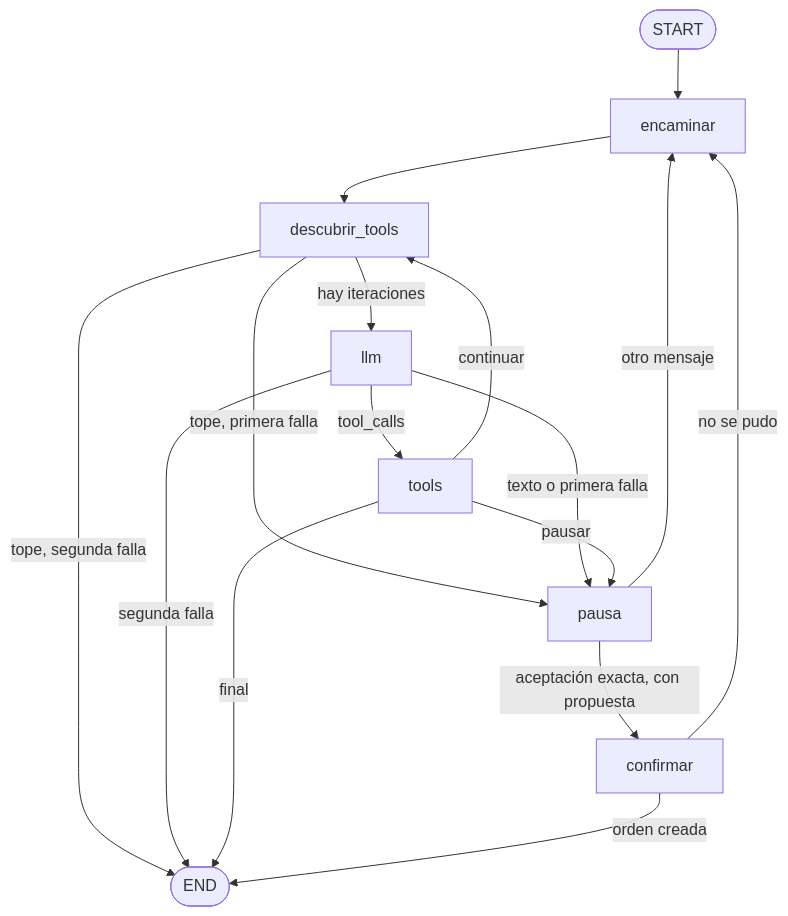
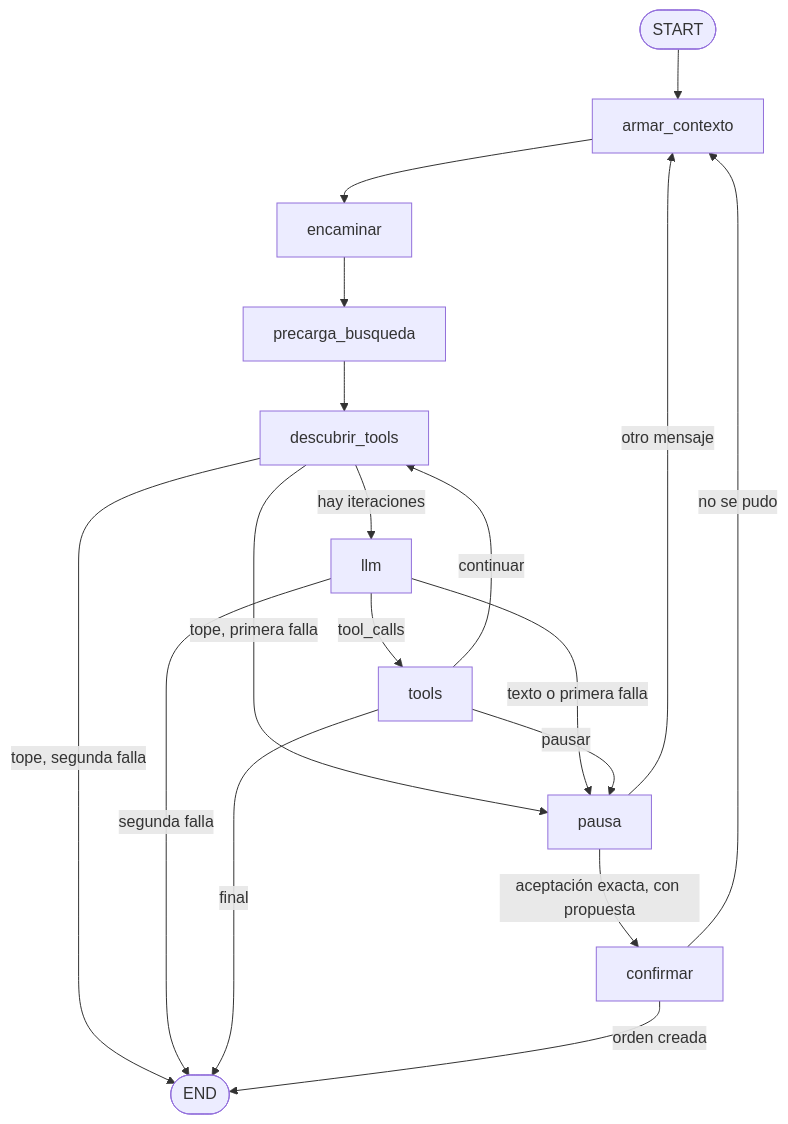
The third of 4 diagrams in docs/spec/agente.md (FernandoMRestelli/norma-agentic-ai), drawn with Mermaid before and after one commit. The commit also changed other lines of this file and 30 other files, not shown here.

First line of the commit message:
Orquestador de skills con sub-loops, contexto del cliente y precarga

````diff
--- a/docs/spec/agente.md
+++ b/docs/spec/agente.md
@@ -178,18 +178,20 @@
 ```mermaid
 flowchart TD
-    S([START]) --> R[encaminar]
-    R --> D[descubrir_tools]
+    S([START]) --> A[armar_contexto]
+    A --> R[encaminar]
+    R --> PB[precarga_busqueda]
+    PB --> D[descubrir_tools]
     D -->|hay iteraciones| L[llm]
     D -->|tope, primera falla| P[pausa]
     D -->|tope, segunda falla| E([END])
     L -->|tool_calls| T[tools]
     L -->|texto o primera falla| P
     L -->|segunda falla| E
     T -->|continuar| D
     T -->|pausar| P
     T -->|final| E
-    P -->|otro mensaje| R
+    P -->|otro mensaje| A
     P -->|aceptación exacta, con propuesta| C[confirmar]
     C -->|orden creada| E
-    C -->|no se pudo| R
+    C -->|no se pudo| A
 ```
````
